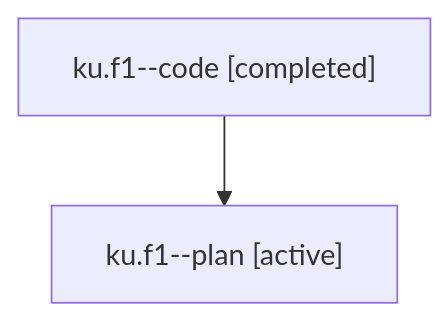
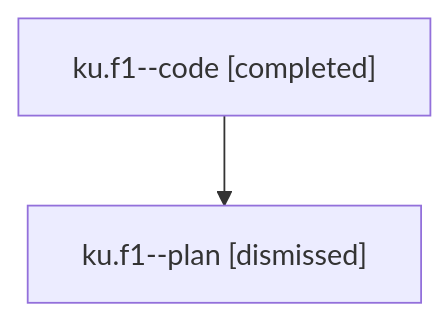
One commit to sase-org/sase--agents changed the diagram in sessions/bbugyi200.athena.ku.f1.md. Above: the diagram before and after it, drawn with Mermaid. The commit also changed other lines of this file and 50 other files, not shown here.

````diff
--- a/sessions/bbugyi200.athena.ku.f1.md
+++ b/sessions/bbugyi200.athena.ku.f1.md
@@ -9,6 +9,6 @@
 ```mermaid
 flowchart TD
   n0["ku.f1--code [completed]"]
-  n1["ku.f1--plan [active]"]
+  n1["ku.f1--plan [dismissed]"]
   n0 --> n1
 ```
````
